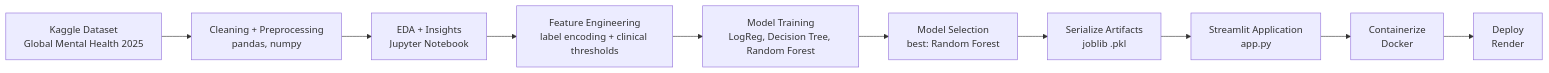
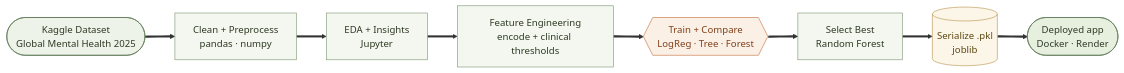
The second of 4 diagrams in README.md (haroontrailblazer/MindScope-2025), drawn with Mermaid before and after one commit. The commit also changed other lines of this file, not shown here.

````diff
--- a/README.md
+++ b/README.md
@@ -155,12 +214,22 @@
 ```mermaid
 flowchart LR
-    A["Kaggle Dataset<br/>Global Mental Health 2025"] --> B["Cleaning + Preprocessing<br/>pandas, numpy"]
-    B --> C["EDA + Insights<br/>Jupyter Notebook"]
-    C --> D["Feature Engineering<br/>label encoding + clinical thresholds"]
-    D --> E["Model Training<br/>LogReg, Decision Tree, Random Forest"]
-    E --> F["Model Selection<br/>best: Random Forest"]
-    F --> G["Serialize Artifacts<br/>joblib .pkl"]
-    G --> H["Streamlit Application<br/>app.py"]
-    H --> I["Containerize<br/>Docker"]
-    I --> J["Deploy<br/>Render"]
+    A(["Kaggle Dataset<br/>Global Mental Health 2025"]) ==> B["Clean + Preprocess<br/>pandas · numpy"]
+    B ==> C["EDA + Insights<br/>Jupyter"]
+    C ==> D["Feature Engineering<br/>encode + clinical thresholds"]
+    D ==> E{{"Train + Compare<br/>LogReg · Tree · Forest"}}
+    E ==> F["Select Best<br/>Random Forest"]
+    F ==> G[("Serialize .pkl<br/>joblib")]
+    G ==> H(["Deployed app<br/>Docker · Render"])
+
+    classDef start fill:#EEF3E9,stroke:#5F7A57,color:#2E3A24
+    classDef proc fill:#F3F7EF,stroke:#7C9473,color:#2E3A24
+    classDef task fill:#FBF0E6,stroke:#C2703D,color:#7E3F1A
+    classDef store fill:#FCF6E9,stroke:#B8924A,color:#5C4710
+    classDef ok fill:#E7F0DF,stroke:#5F7A57,color:#2E3A24
+
+    class A start
+    class B,C,D,F proc
+    class E task
+    class G store
+    class H ok
 ```
````
